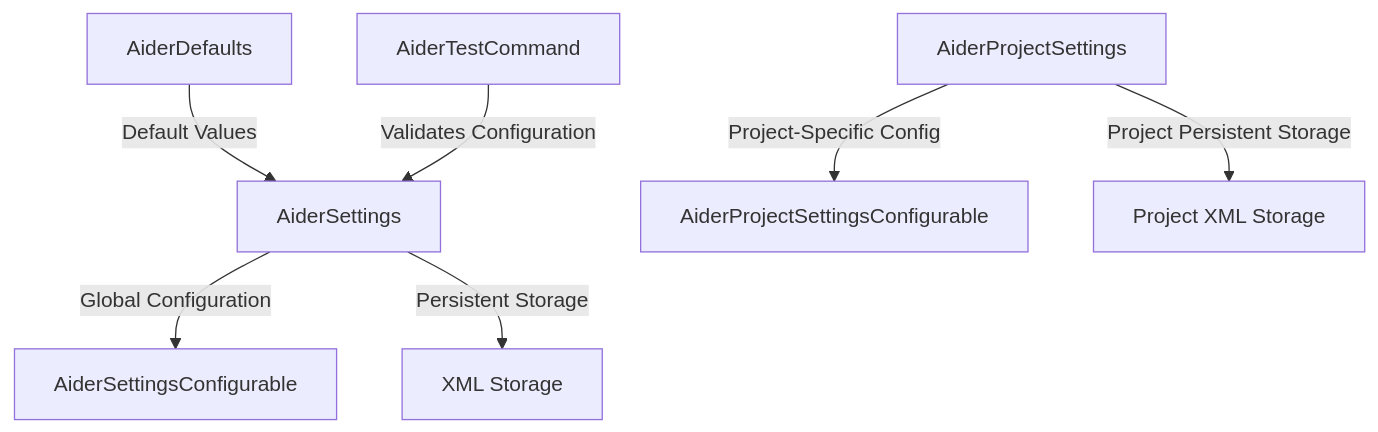
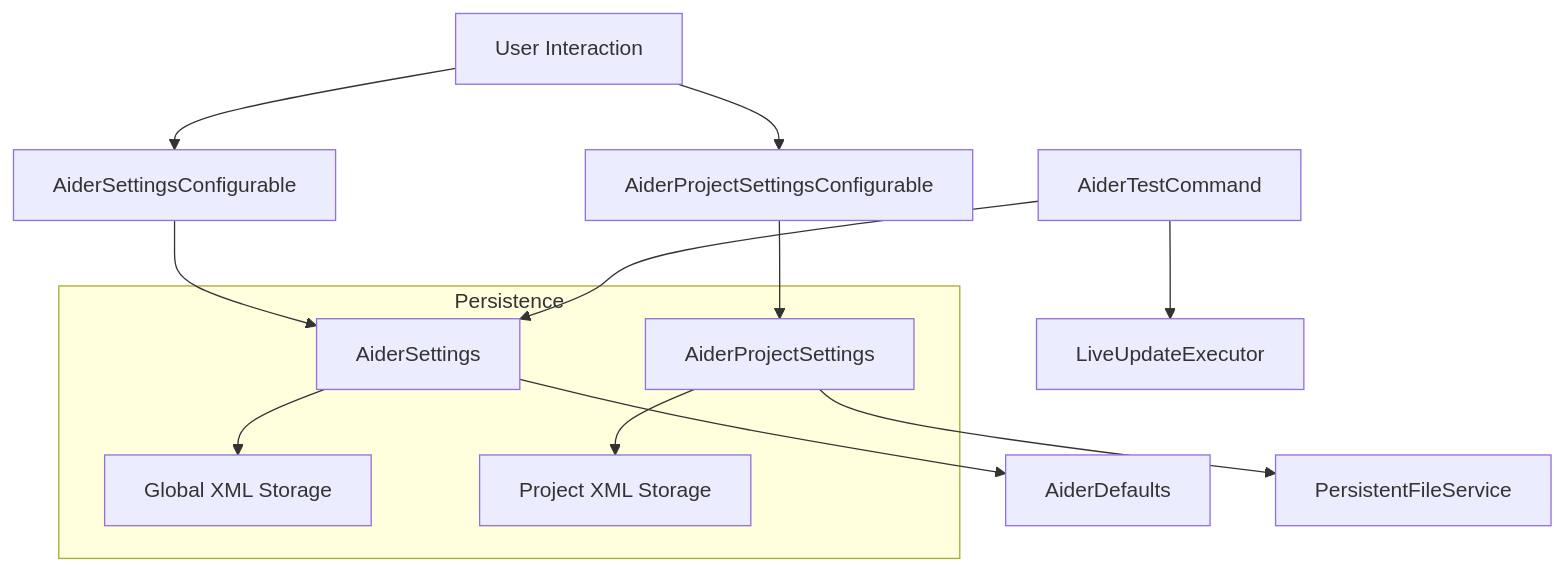
The diagram in src/main/kotlin/de/andrena/codingaider/settings/settings.md (p-wegner/coding-aider), drawn with Mermaid before and after one commit. The commit also changed other lines of this file, not shown here.

Commit message:
docs: Update settings module documentation with comprehensive overview and architectural details

````diff
--- a/src/main/kotlin/de/andrena/codingaider/settings/settings.md
+++ b/src/main/kotlin/de/andrena/codingaider/settings/settings.md
@@ -22,11 +59,19 @@
 ```mermaid
 graph TD
-    AiderDefaults[AiderDefaults] --> |Default Values| AiderSettings[AiderSettings]
-    AiderSettings --> |Global Configuration| AiderSettingsConfigurable[AiderSettingsConfigurable]
-    AiderSettings --> |Persistent Storage| XMLStorage[XML Storage]
+    User[User Interaction] --> AiderSettingsConfigurable
+    User --> AiderProjectSettingsConfigurable
     
-    AiderProjectSettings[AiderProjectSettings] --> |Project-Specific Config| AiderProjectSettingsConfigurable[AiderProjectSettingsConfigurable]
-    AiderProjectSettings --> |Project Persistent Storage| ProjectXMLStorage[Project XML Storage]
+    AiderSettingsConfigurable --> AiderSettings
+    AiderProjectSettingsConfigurable --> AiderProjectSettings
     
-    AiderTestCommand[AiderTestCommand] --> |Validates Configuration| AiderSettings
+    AiderSettings --> AiderDefaults
+    AiderProjectSettings --> PersistentFileService
+    
+    AiderTestCommand --> AiderSettings
+    AiderTestCommand --> LiveUpdateExecutor
+    
+    subgraph Persistence
+        AiderSettings --> XMLStorage[Global XML Storage]
+        AiderProjectSettings --> ProjectXMLStorage[Project XML Storage]
+    end
 ```
````
